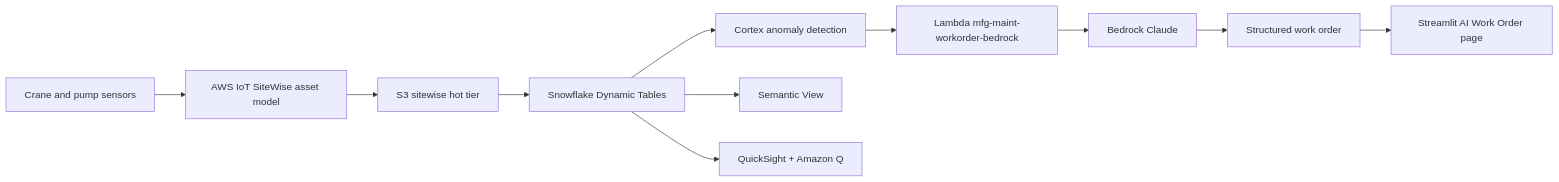
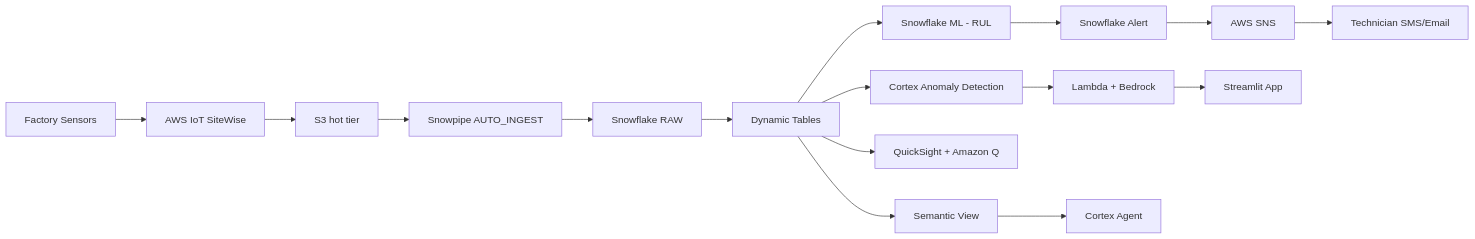
One commit to sfc-gh-jasvestis/aws-manufacturing-maintenance changed the diagram in README.md. Above: the diagram before and after it, drawn with Mermaid. The commit also changed other lines of this file and 15 other files, not shown here.

First line of the commit message:
feat: add 5 AWS integrations + Snowflake ML + Cortex Search enhancement

````diff
--- a/README.md
+++ b/README.md
@@ -9,13 +7,18 @@
 ```mermaid
 flowchart LR
-    Sensors[Crane and pump sensors] --> SW[AWS IoT SiteWise asset model]
-    SW --> S3[S3 sitewise hot tier]
-    S3 --> SF[Snowflake Dynamic Tables]
-    SF --> CX[Cortex anomaly detection]
-    CX --> LAM[Lambda mfg-maint-workorder-bedrock]
-    LAM --> BR[Bedrock Claude]
-    BR --> WO[Structured work order]
-    WO --> ST[Streamlit AI Work Order page]
-    SF --> SemView[Semantic View]
-    SF --> QS[QuickSight + Amazon Q]
+    Sensors[Factory Sensors] --> SW[AWS IoT SiteWise]
+    SW --> S3[S3 hot tier]
+    S3 --> SP[Snowpipe AUTO_INGEST]
+    SP --> RAW[Snowflake RAW]
+    RAW --> DT[Dynamic Tables]
+    DT --> ML[Snowflake ML - RUL]
+    DT --> CX[Cortex Anomaly Detection]
+    ML --> ALT[Snowflake Alert]
+    ALT --> SNS[AWS SNS]
+    SNS --> TECH[Technician SMS/Email]
+    CX --> WO[Lambda + Bedrock]
+    WO --> ST[Streamlit App]
+    DT --> QS[QuickSight + Amazon Q]
+    DT --> SV[Semantic View]
+    SV --> AG[Cortex Agent]
 ```
````
